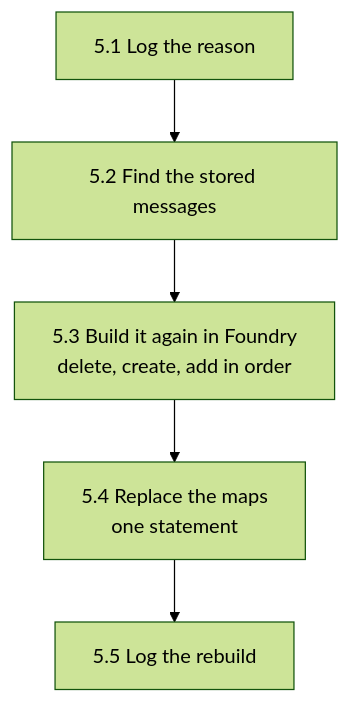
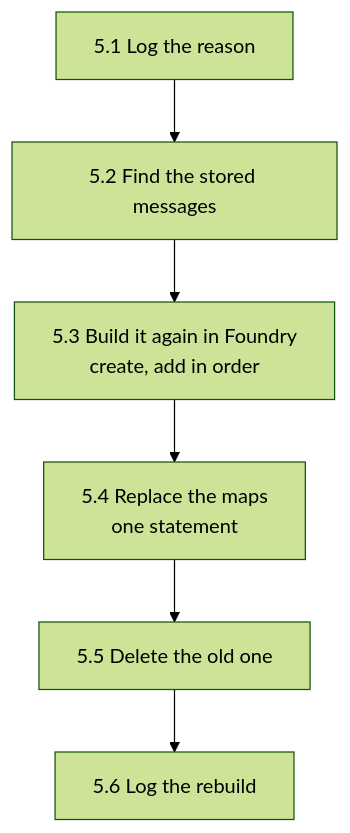
One commit to m-almeida-p/ms-ml-camel-conv-history-bs changed the sixth of 9 diagrams in docs/design-foundry.md. Above: the diagram before and after it, drawn with Mermaid (forest theme). The commit also changed other lines of this file and 22 other files, not shown here.

````diff
--- a/docs/design-foundry.md
+++ b/docs/design-foundry.md
@@ -189,9 +189,10 @@
 ```mermaid
 flowchart TB
     s51["5.1 Log the reason"]
     s52["5.2 Find the stored messages"]
-    s53["5.3 Build it again in Foundry<br/>delete, create, add in order"]
+    s53["5.3 Build it again in Foundry<br/>create, add in order"]
     s54["5.4 Replace the maps<br/>one statement"]
-    s55["5.5 Log the rebuild"]
-    s51 --> s52 --> s53 --> s54 --> s55
+    s55["5.5 Delete the old one"]
+    s56["5.6 Log the rebuild"]
+    s51 --> s52 --> s53 --> s54 --> s55 --> s56
 ```
````
